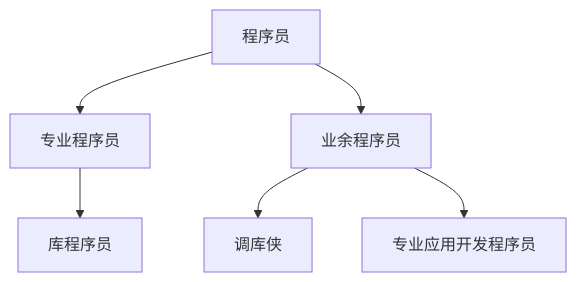
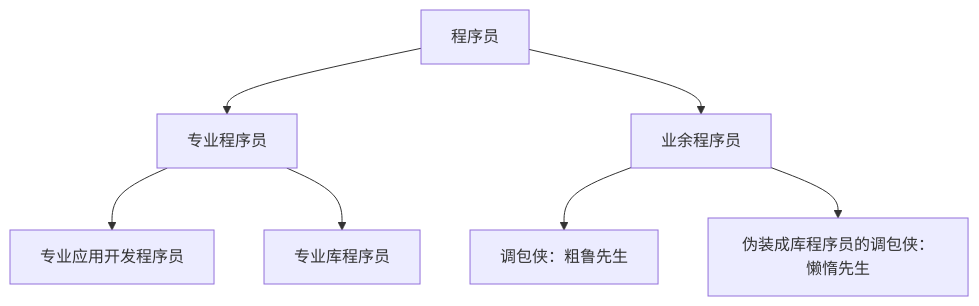
The diagram in content/posts/003-upsidedown-infix.md (qchen-fdii-cardc/qchen-fdii-cardc.github.io), drawn with Mermaid before and after one commit. The commit also changed other lines of this file and 2 other files, not shown here.

````diff
--- a/content/posts/003-upsidedown-infix.md
+++ b/content/posts/003-upsidedown-infix.md
@@ -23,8 +23,9 @@
 ```mermaid
 graph TD
     A[程序员] --> B[专业程序员]
     A --> C[业余程序员]
-    C --> D[调库侠]
-    C --> F[专业应用开发程序员]
-    B --> E[库程序员]
+    C --> D[调包侠：粗鲁先生]
+    B --> F[专业应用开发程序员]
+    B --> E[专业库程序员]
+    C --> G[伪装成库程序员的调包侠：懒惰先生]
 ```
````
